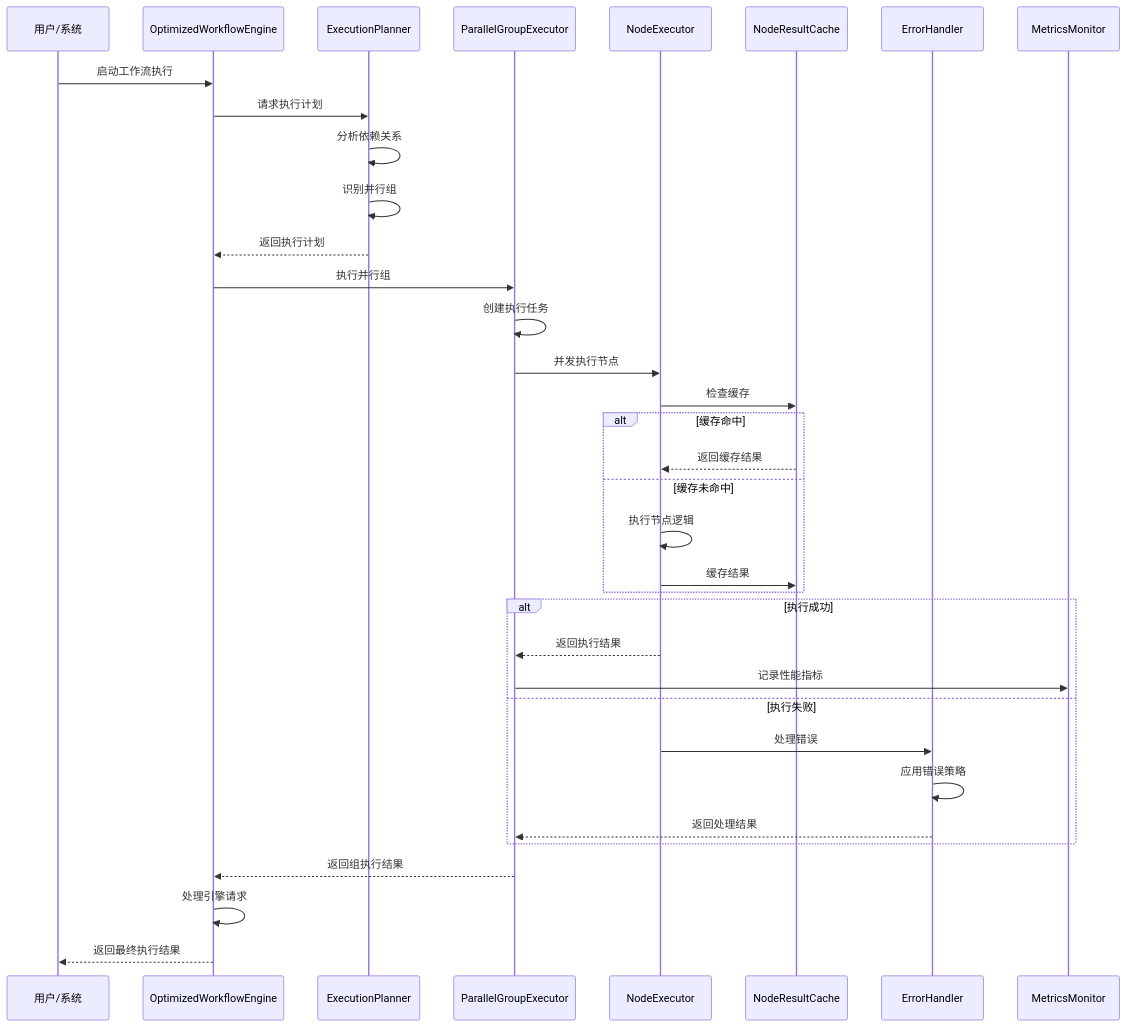
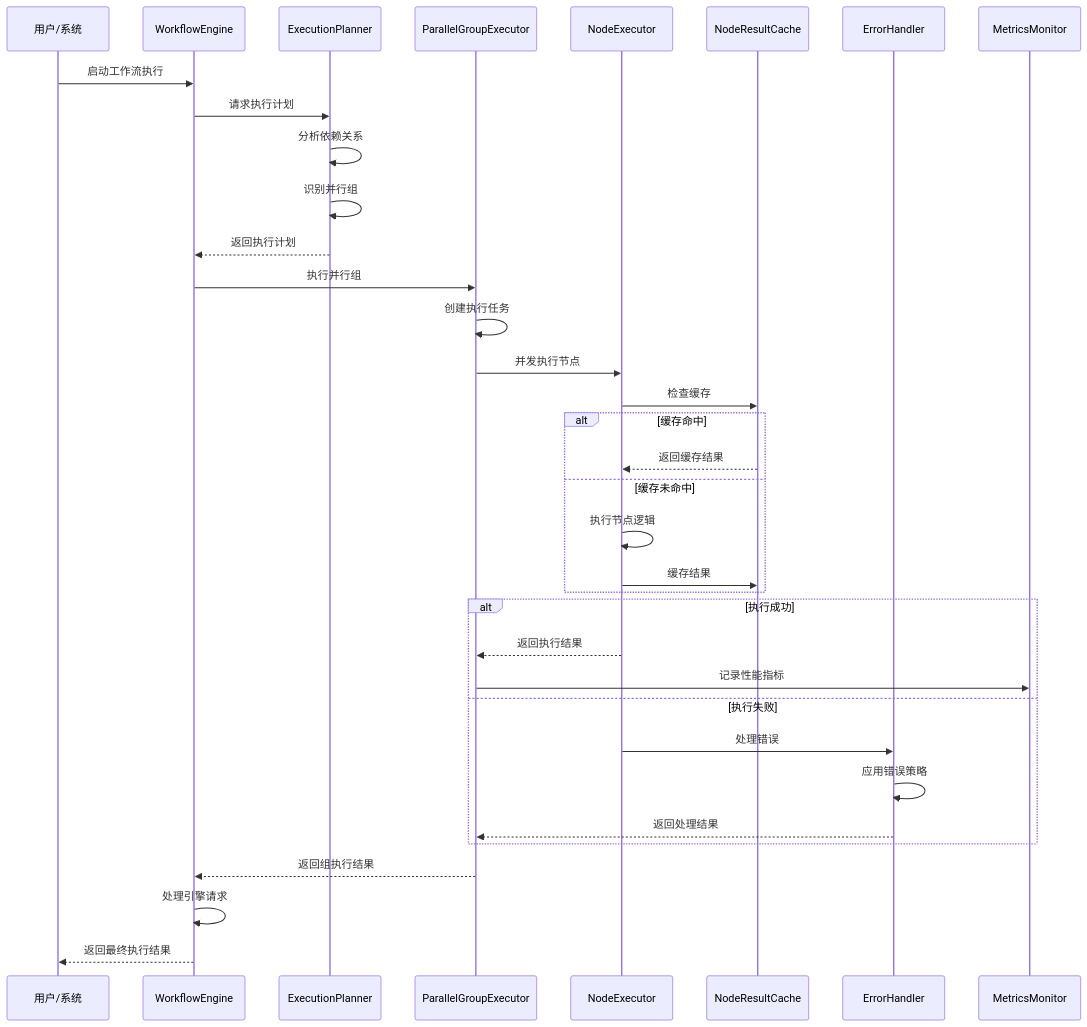
One commit to fusion-data/fusion-data changed the third of 3 diagrams in hetumind/hetumind-docs/ad-hoc/workflow-engine-optimization.md. Above: the diagram before and after it, drawn with Mermaid. The commit also changed other lines of this file and 32 other files, not shown here.

Commit message:
feat(hetumind): Optimize WorkflowEngine

````diff
--- a/hetumind/hetumind-docs/ad-hoc/workflow-engine-optimization.md
+++ b/hetumind/hetumind-docs/ad-hoc/workflow-engine-optimization.md
@@ -1576,42 +1918,42 @@
 ```mermaid
 sequenceDiagram
     participant User as 用户/系统
-    participant WE as OptimizedWorkflowEngine
+    participant WE as WorkflowEngine
     participant EP as ExecutionPlanner
     participant PG as ParallelGroupExecutor
     participant NC as NodeExecutor
     participant Cache as NodeResultCache
     participant EH as ErrorHandler
     participant MM as MetricsMonitor
 
     User->>WE: 启动工作流执行
     WE->>EP: 请求执行计划
     EP->>EP: 分析依赖关系
     EP->>EP: 识别并行组
     EP-->>WE: 返回执行计划
 
     WE->>PG: 执行并行组
     PG->>PG: 创建执行任务
     PG->>NC: 并发执行节点
 
     NC->>Cache: 检查缓存
     alt 缓存命中
         Cache-->>NC: 返回缓存结果
     else 缓存未命中
         NC->>NC: 执行节点逻辑
         NC->>Cache: 缓存结果
     end
 
     alt 执行成功
         NC-->>PG: 返回执行结果
         PG->>MM: 记录性能指标
     else 执行失败
         NC->>EH: 处理错误
         EH->>EH: 应用错误策略
         EH-->>PG: 返回处理结果
     end
 
     PG-->>WE: 返回组执行结果
     WE->>WE: 处理引擎请求
     WE-->>User: 返回最终执行结果
 ```
````
